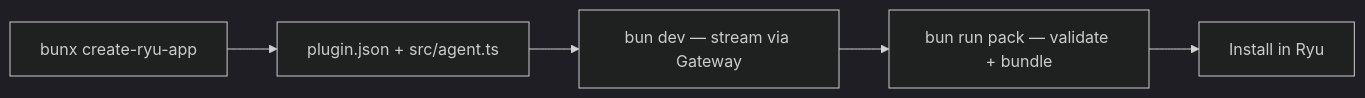
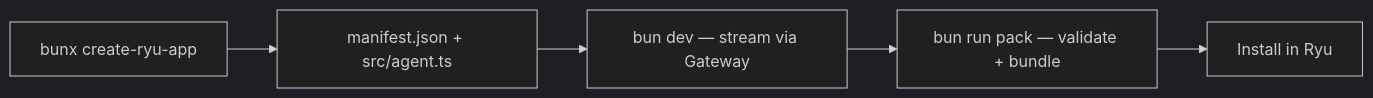
Before and after one commit to amajorai/ryu: the diagram in apps/fumadocs/content/docs/develop/quickstart.mdx, drawn with Mermaid (dark theme). The commit also changed other lines of this file and 198 other files, not shown here.

````diff
--- a/apps/fumadocs/content/docs/develop/quickstart.mdx
+++ b/apps/fumadocs/content/docs/develop/quickstart.mdx
@@ -23,7 +23,7 @@
 ```mermaid
 flowchart LR
-  A[bunx create-ryu-app] --> B[plugin.json + src/agent.ts]
+  A[bunx create-ryu-app] --> B[manifest.json + src/agent.ts]
   B --> C[bun dev — stream via Gateway]
   C --> D[bun run pack — validate + bundle]
   D --> E[Install in Ryu]
 ```
````
